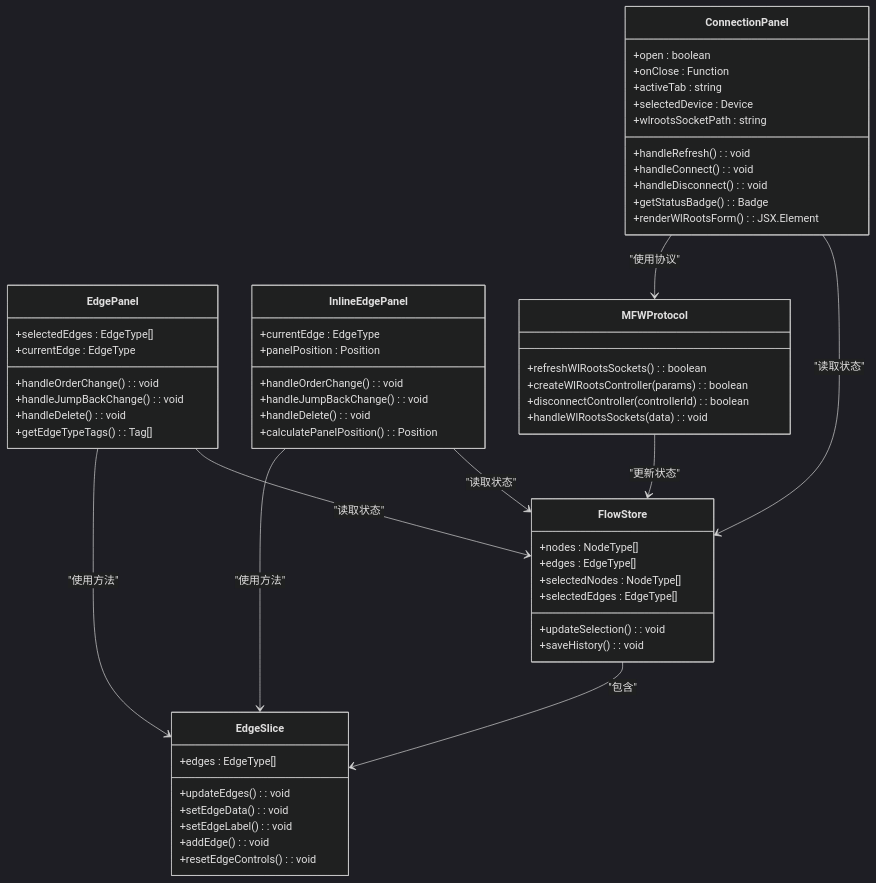
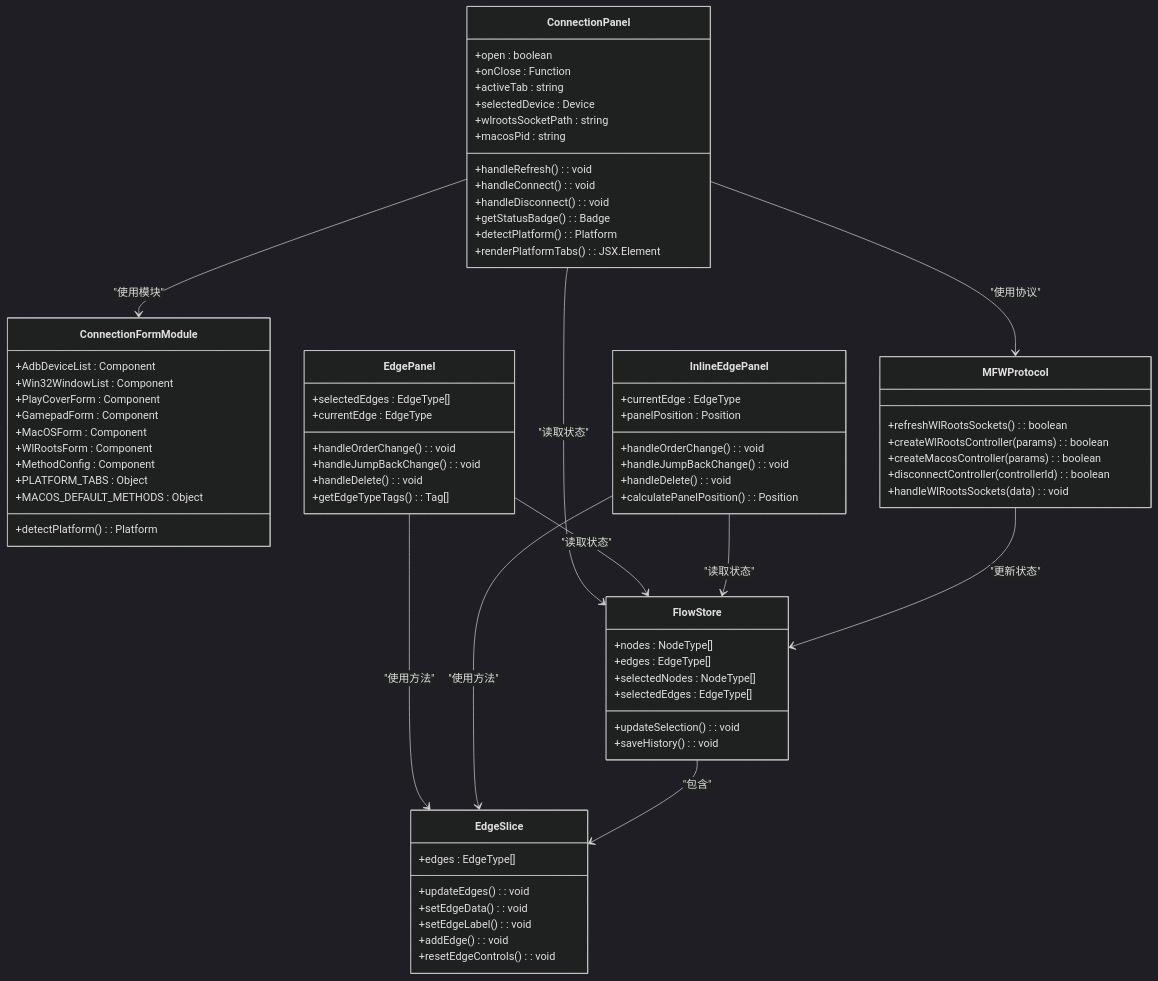
Before and after one commit to kqcoxn/MaaPipelineEditor: the second of 10 diagrams in .qoder/repowiki/zh/content/用户界面/面板系统/连接面板.md, drawn with Mermaid (dark theme). The commit also changed other lines of this file and 6 other files, not shown here.

````diff
--- a/.qoder/repowiki/zh/content/用户界面/面板系统/连接面板.md
+++ b/.qoder/repowiki/zh/content/用户界面/面板系统/连接面板.md
@@ -137,61 +175,77 @@
 ```mermaid
 classDiagram
 class ConnectionPanel {
 +open : boolean
 +onClose : Function
 +activeTab : string
 +selectedDevice : Device
 +wlrootsSocketPath : string
++macosPid : string
 +handleRefresh() : void
 +handleConnect() : void
 +handleDisconnect() : void
 +getStatusBadge() : Badge
-+renderWlRootsForm() : JSX.Element
++detectPlatform() : Platform
++renderPlatformTabs() : JSX.Element
+}
+class ConnectionFormModule {
++AdbDeviceList : Component
++Win32WindowList : Component
++PlayCoverForm : Component
++GamepadForm : Component
++MacOSForm : Component
++WlRootsForm : Component
++MethodConfig : Component
++detectPlatform() : Platform
++PLATFORM_TABS : Object
++MACOS_DEFAULT_METHODS : Object
 }
 class EdgePanel {
 +selectedEdges : EdgeType[]
 +currentEdge : EdgeType
 +handleOrderChange() : void
 +handleJumpBackChange() : void
 +handleDelete() : void
 +getEdgeTypeTags() : Tag[]
 }
 class InlineEdgePanel {
 +currentEdge : EdgeType
 +panelPosition : Position
 +handleOrderChange() : void
 +handleJumpBackChange() : void
 +handleDelete() : void
 +calculatePanelPosition() : Position
 }
 class EdgeSlice {
 +edges : EdgeType[]
 +updateEdges() : void
 +setEdgeData() : void
 +setEdgeLabel() : void
 +addEdge() : void
 +resetEdgeControls() : void
 }
 class FlowStore {
 +nodes : NodeType[]
 +edges : EdgeType[]
 +selectedNodes : NodeType[]
 +selectedEdges : EdgeType[]
 +updateSelection() : void
 +saveHistory() : void
 }
 class MFWProtocol {
 +refreshWlRootsSockets() : boolean
 +createWlRootsController(params) : boolean
++createMacosController(params) : boolean
 +disconnectController(controllerId) : boolean
 +handleWlRootsSockets(data) : void
 }
+ConnectionPanel --> ConnectionFormModule : "使用模块"
 ConnectionPanel --> FlowStore : "读取状态"
 ConnectionPanel --> MFWProtocol : "使用协议"
 EdgePanel --> FlowStore : "读取状态"
 InlineEdgePanel --> FlowStore : "读取状态"
 EdgePanel --> EdgeSlice : "使用方法"
 InlineEdgePanel --> EdgeSlice : "使用方法"
 FlowStore --> EdgeSlice : "包含"
 MFWProtocol --> FlowStore : "更新状态"
 ```
````
